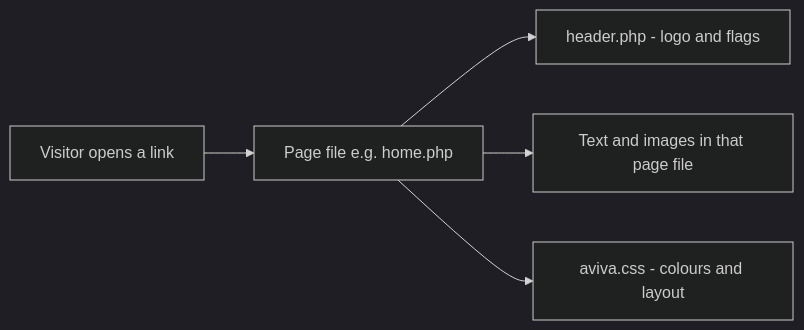
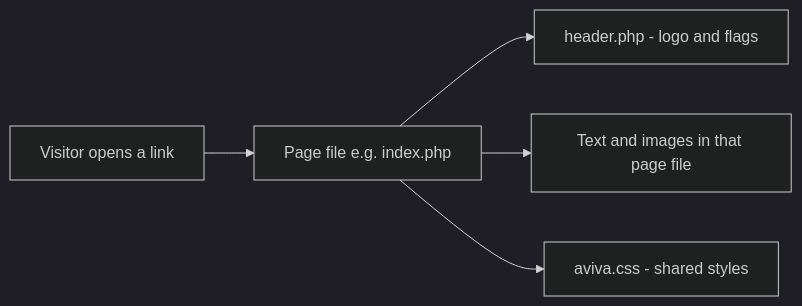
One commit to petpeevephobia/aviva changed the diagram in README.md. Above: the diagram before and after it, drawn with Mermaid (dark theme). The commit also changed other lines of this file and 13 other files, not shown here.

````diff
--- a/README.md
+++ b/README.md
@@ -31,7 +33,7 @@
 ```mermaid
 flowchart LR
-  visitor[Visitor opens a link] --> page[Page file e.g. home.php]
+  visitor[Visitor opens a link] --> page[Page file e.g. index.php]
   page --> header[header.php - logo and flags]
   page --> body[Text and images in that page file]
-  page --> css[aviva.css - colours and layout]
+  page --> css[aviva.css - shared styles]
 ```
````
